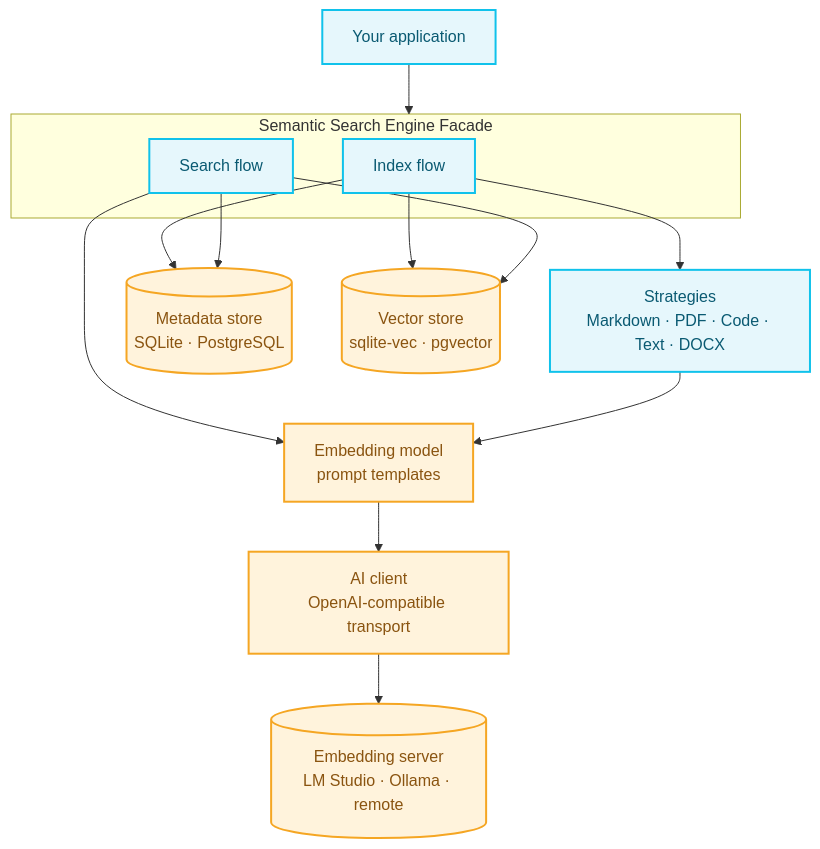
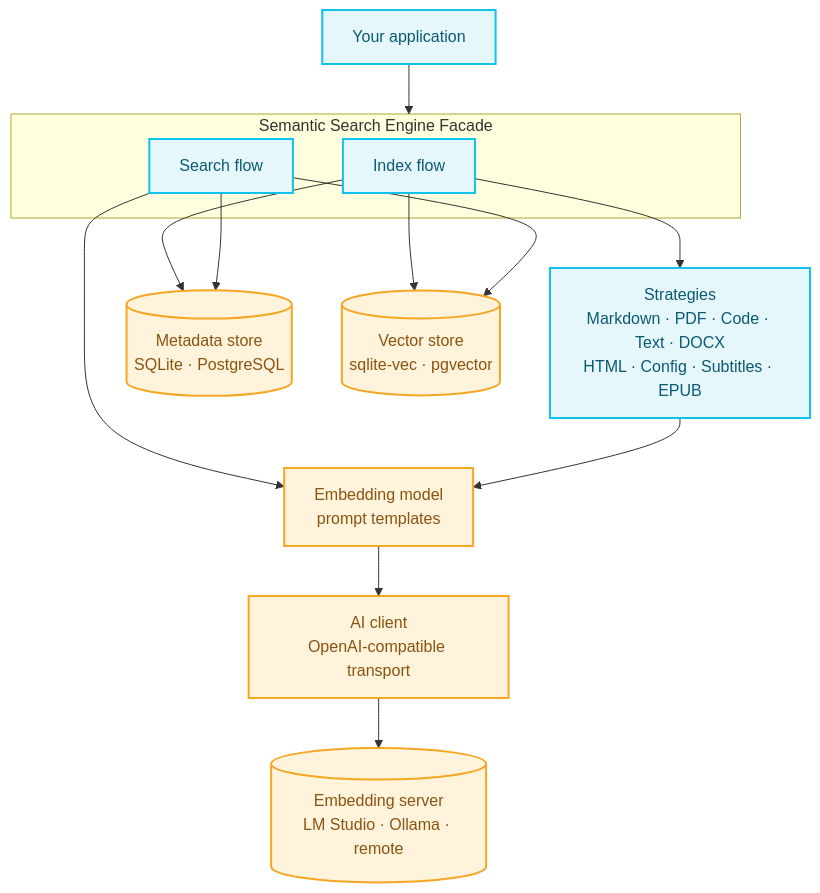
Before and after one commit to DavidBelicza/semantic-search: the diagram in README.md, drawn with Mermaid. The commit also changed other lines of this file and 3 other files, not shown here.

````diff
--- a/README.md
+++ b/README.md
@@ -95,26 +96,26 @@
 ```mermaid
 flowchart TD
     App[Your application] --> Engine
 
     subgraph Engine [Semantic Search Engine Facade]
         Index[Index flow]
         Search[Search flow]
     end
 
-    Index --> Strategies[Strategies<br/>Markdown · PDF · Code · Text · DOCX]
+    Index --> Strategies[Strategies<br/>Markdown · PDF · Code · Text · DOCX<br/>HTML · Config · Subtitles · EPUB]
     Search --> Model
     Strategies --> Model[Embedding model<br/>prompt templates]
     Model --> Client[AI client<br/>OpenAI-compatible transport]
     Client --> Server[(Embedding server<br/>LM Studio · Ollama · remote)]
 
     Index --> Meta[(Metadata store<br/>SQLite · PostgreSQL)]
     Index --> Vectors[(Vector store<br/>sqlite-vec · pgvector)]
     Search --> Vectors
     Search --> Meta
 
     classDef blue fill:#E6F7FC,stroke:#10C2EB,stroke-width:2px,color:#0A5A72;
     classDef accent fill:#FFF3DC,stroke:#F5A623,stroke-width:2px,color:#8A5410;
 
     class App,Index,Search,Strategies blue;
     class Model,Client,Server,Meta,Vectors accent;
 ```
````
